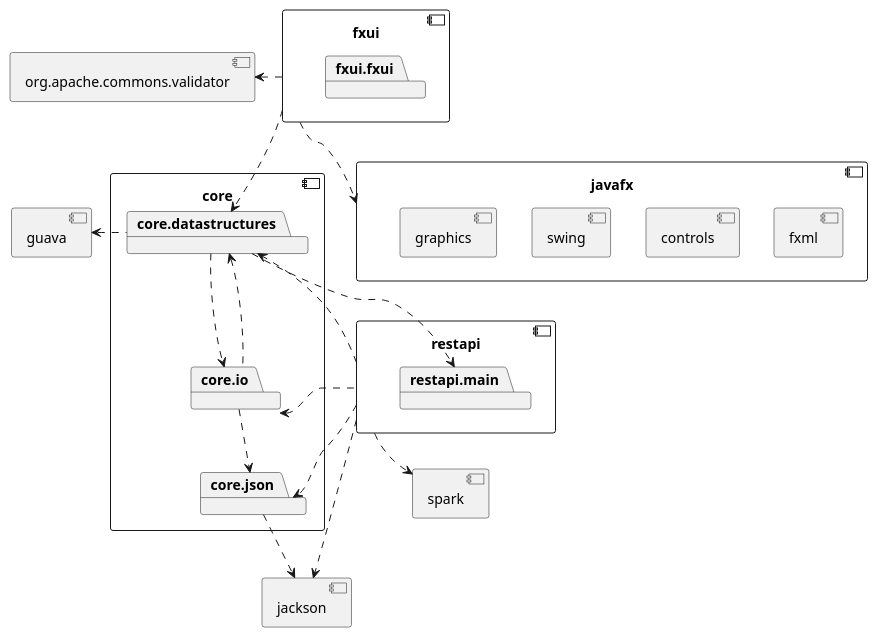
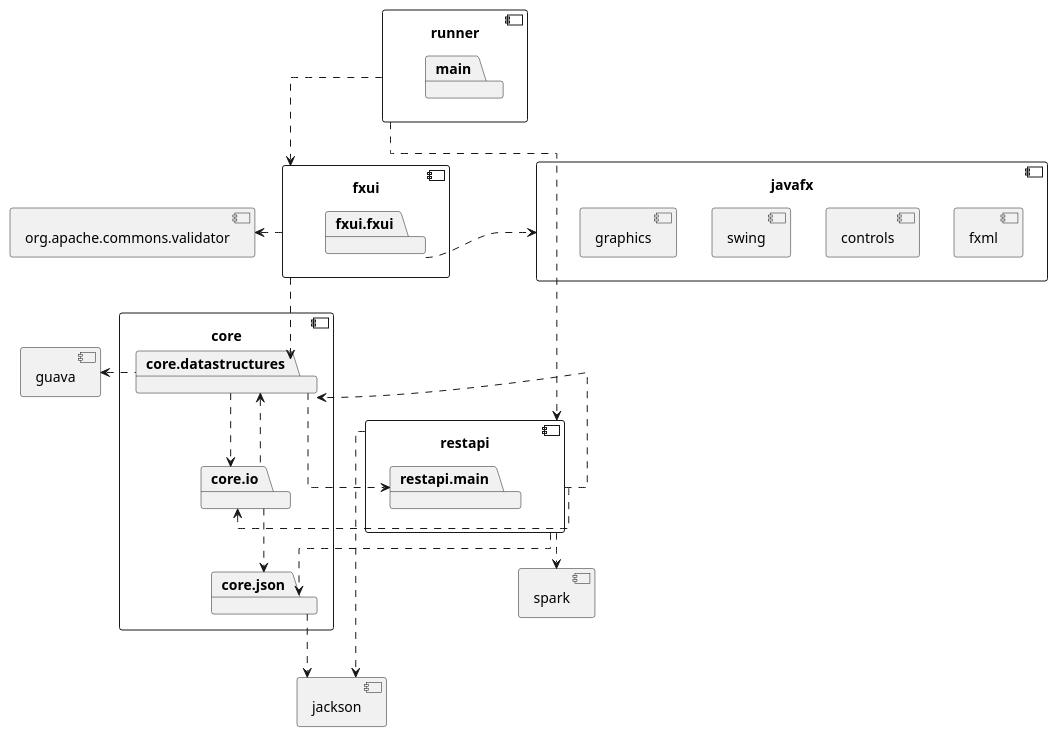
The first of 2 diagrams in mememedb/README.md (olepbr/it1901), drawn with PlantUML before and after one commit. The commit also changed other lines of this file and 1 other file, not shown here.

Commit message:
(#22) updated main README, added README in runner module

````diff
--- a/mememedb/README.md
+++ b/mememedb/README.md
@@ -23,58 +23,65 @@
 ```plantuml
+skinparam linetype ortho
+
 component core {
 	package core.io
 	package core.json
 	package core.datastructures
 }
 
 component restapi {
     package restapi.main
+}
+
+component runner {
+    package main
 }
 
 component jackson {
 }
 
 component guava{
 }
 
 component org.apache.commons.validator{
 }
 
 component spark{
 }
 
 restapi ..> jackson
 restapi ..> spark
 restapi ..> core.datastructures
 restapi .left.> core.io
 restapi ..> core.json
 
 core.json ..> jackson
 core.datastructures .down.> core.io
 core.datastructures ..> restapi.main
 core.io .up.> core.datastructures
 core.io ..> core.json
 core.datastructures .left.> guava
-
+runner ..> fxui
+runner ..> restapi
 
 
 component fxui {
 	package fxui.fxui
 }
 
 fxui ..> core.datastructures
 fxui .left.> org.apache.commons.validator
 
 component javafx {
 	component fxml {
 	}
 	component controls{
 	}
 	component swing{
 	}
 	component graphics{
 	}
 }
 
-fxui ..> javafx
+fxui.fxui .right.> javafx
 ```
````
